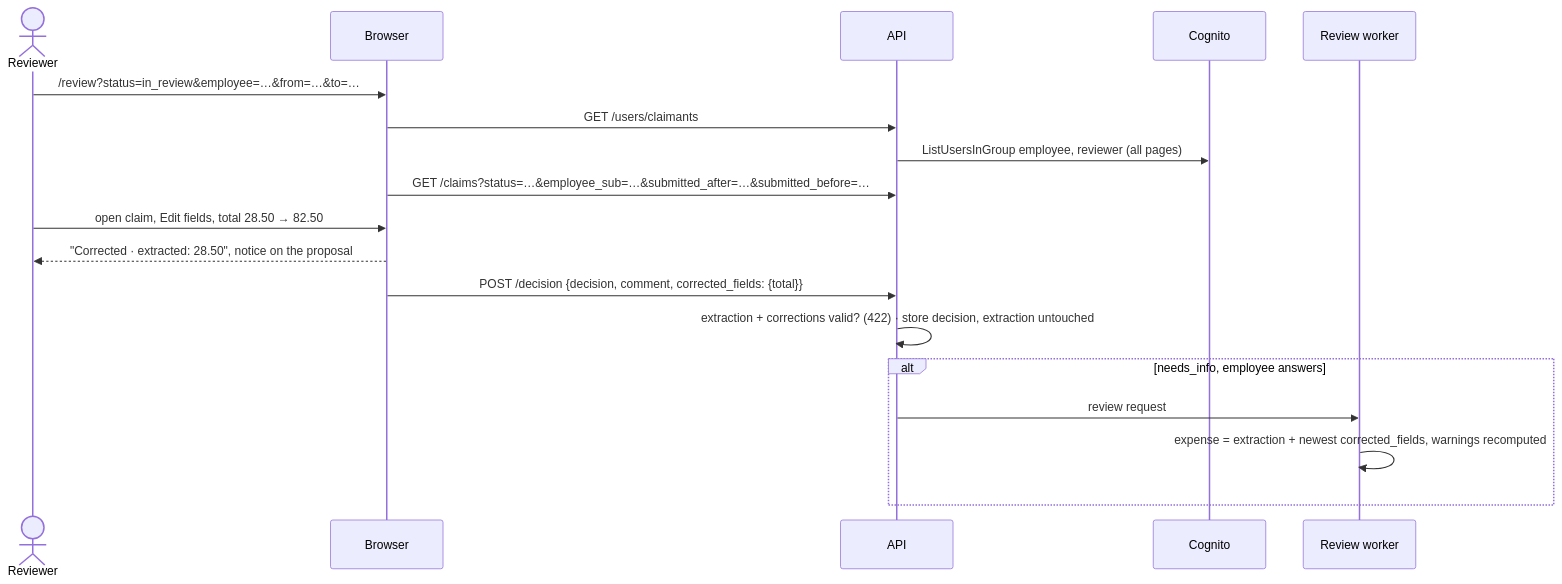
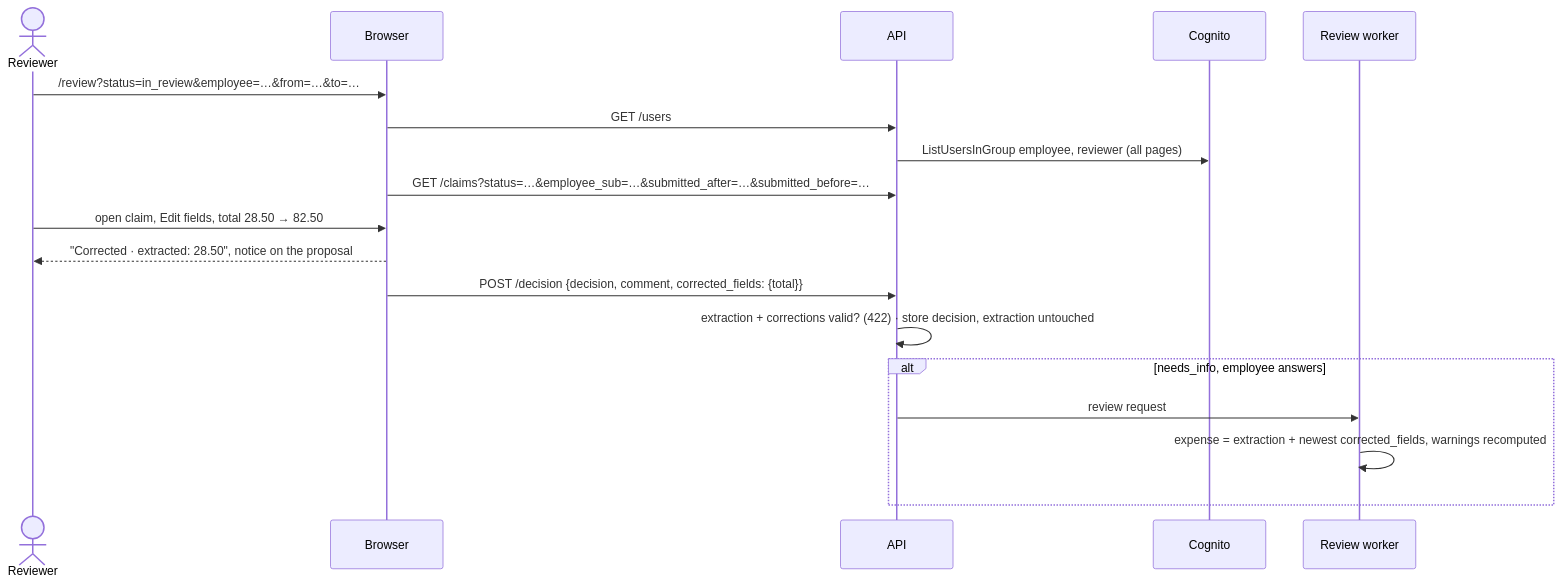
One commit to DmitriyDomnich/Larkfield changed the diagram in specs/T15-reviewer-screens.md. Above: the diagram before and after it, drawn with Mermaid. The commit also changed other lines of this file and 16 other files, not shown here.

````diff
--- a/specs/T15-reviewer-screens.md
+++ b/specs/T15-reviewer-screens.md
@@ -18,20 +18,20 @@
 ```mermaid
 sequenceDiagram
     actor R as Reviewer
     participant B as Browser
     participant API
     participant C as Cognito
     participant W as Review worker
     R->>B: /review?status=in_review&employee=…&from=…&to=…
-    B->>API: GET /users/claimants
+    B->>API: GET /users
     API->>C: ListUsersInGroup employee, reviewer (all pages)
     B->>API: GET /claims?status=…&employee_sub=…&submitted_after=…&submitted_before=…
     R->>B: open claim, Edit fields, total 28.50 → 82.50
     B-->>R: "Corrected · extracted: 28.50", notice on the proposal
     B->>API: POST /decision {decision, comment, corrected_fields: {total}}
     API->>API: extraction + corrections valid? (422) · store decision, extraction untouched
     alt needs_info, employee answers
         API->>W: review request
         W->>W: expense = extraction + newest corrected_fields, warnings recomputed
     end
 ```
````
